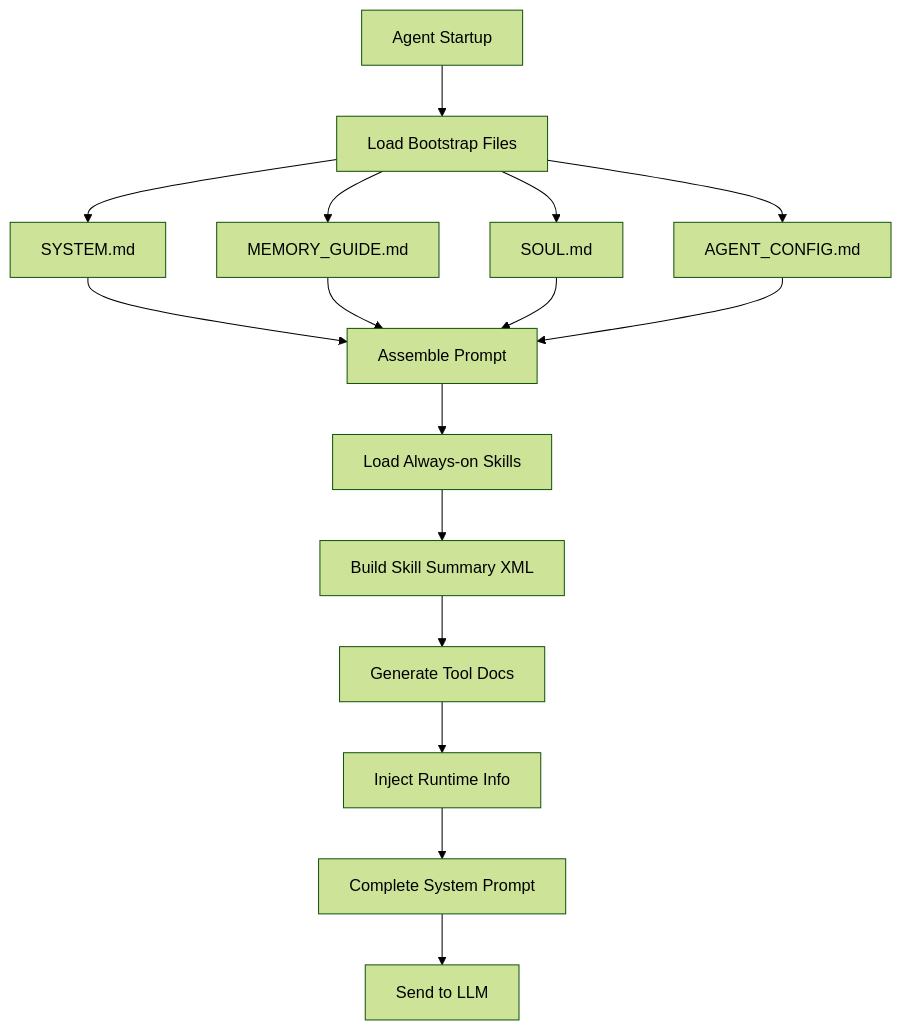
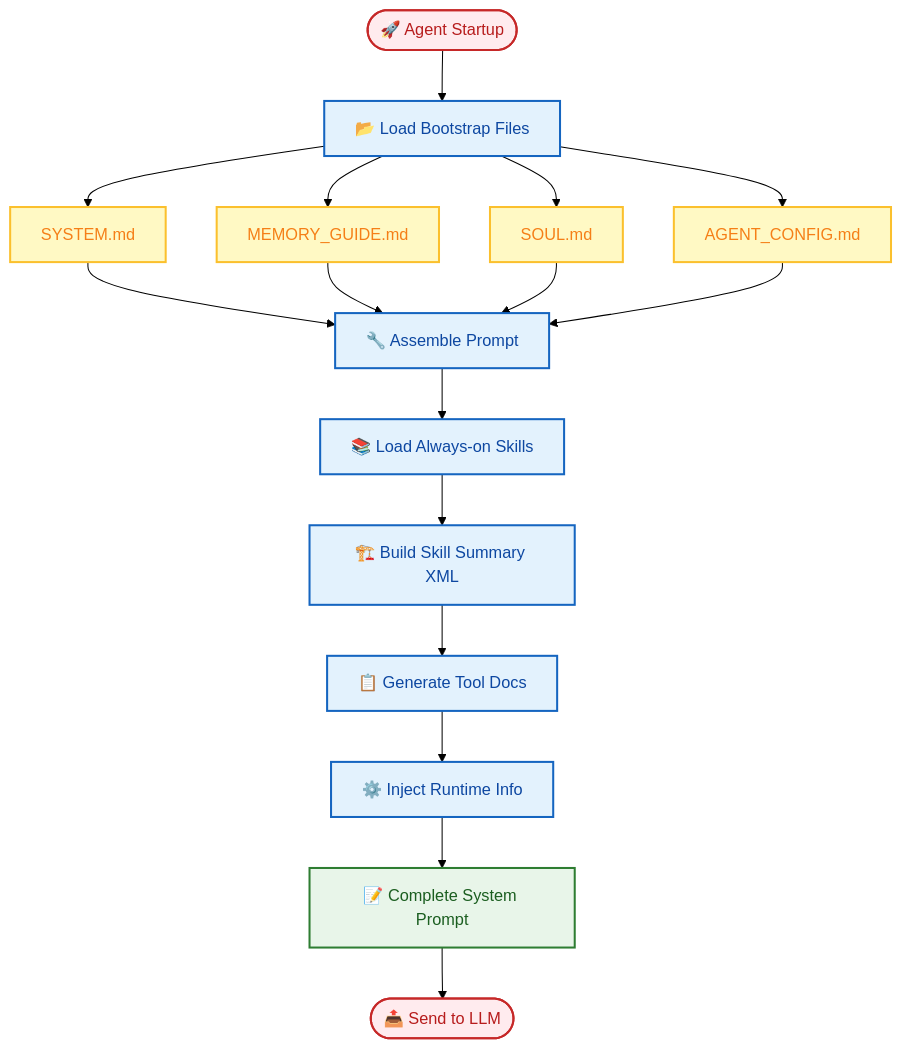
Before and after one commit to xt765/FinchBot: the fourth of 6 diagrams in docs/en-US/blog/finchbot-flexible-ai-agent-framework.md, drawn with Mermaid (forest theme). The commit also changed other lines of this file and 18 other files, not shown here.

First line of the commit message:
docs: 简化架构图并删除所有mermaid图中的表情包

````diff
--- a/docs/en-US/blog/finchbot-flexible-ai-agent-framework.md
+++ b/docs/en-US/blog/finchbot-flexible-ai-agent-framework.md
@@ -314,21 +360,28 @@
 ```mermaid
 flowchart TD
-    A[Agent Startup] --> B[Load Bootstrap Files]
-    B --> C[SYSTEM.md]
-    B --> D[MEMORY_GUIDE.md]
-    B --> E[SOUL.md]
-    B --> F[AGENT_CONFIG.md]
-  
-    C --> G[Assemble Prompt]
+    %% Style Definitions
+    classDef startEnd fill:#ffebee,stroke:#c62828,stroke-width:2px,color:#b71c1c;
+    classDef process fill:#e3f2fd,stroke:#1565c0,stroke-width:2px,color:#0d47a1;
+    classDef file fill:#fff9c4,stroke:#fbc02d,stroke-width:2px,color:#f57f17;
+    classDef output fill:#e8f5e9,stroke:#2e7d32,stroke-width:2px,color:#1b5e20;
+
+    A([🚀 Agent Startup]):::startEnd --> B[📂 Load Bootstrap Files]:::process
+    
+    B --> C[SYSTEM.md]:::file
+    B --> D[MEMORY_GUIDE.md]:::file
+    B --> E[SOUL.md]:::file
+    B --> F[AGENT_CONFIG.md]:::file
+
+    C --> G[🔧 Assemble Prompt]:::process
     D --> G
     E --> G
     F --> G
-  
-    G --> H[Load Always-on Skills]
-    H --> I[Build Skill Summary XML]
-    I --> J[Generate Tool Docs]
-    J --> K[Inject Runtime Info]
-    K --> L[Complete System Prompt]
-  
-    L --> M[Send to LLM]
+
+    G --> H[📚 Load Always-on Skills]:::process
+    H --> I[🏗️ Build Skill Summary XML]:::process
+    I --> J[📋 Generate Tool Docs]:::process
+    J --> K[⚙️ Inject Runtime Info]:::process
+    K --> L[📝 Complete System Prompt]:::output
+
+    L --> M([📤 Send to LLM]):::startEnd
 ```
````
